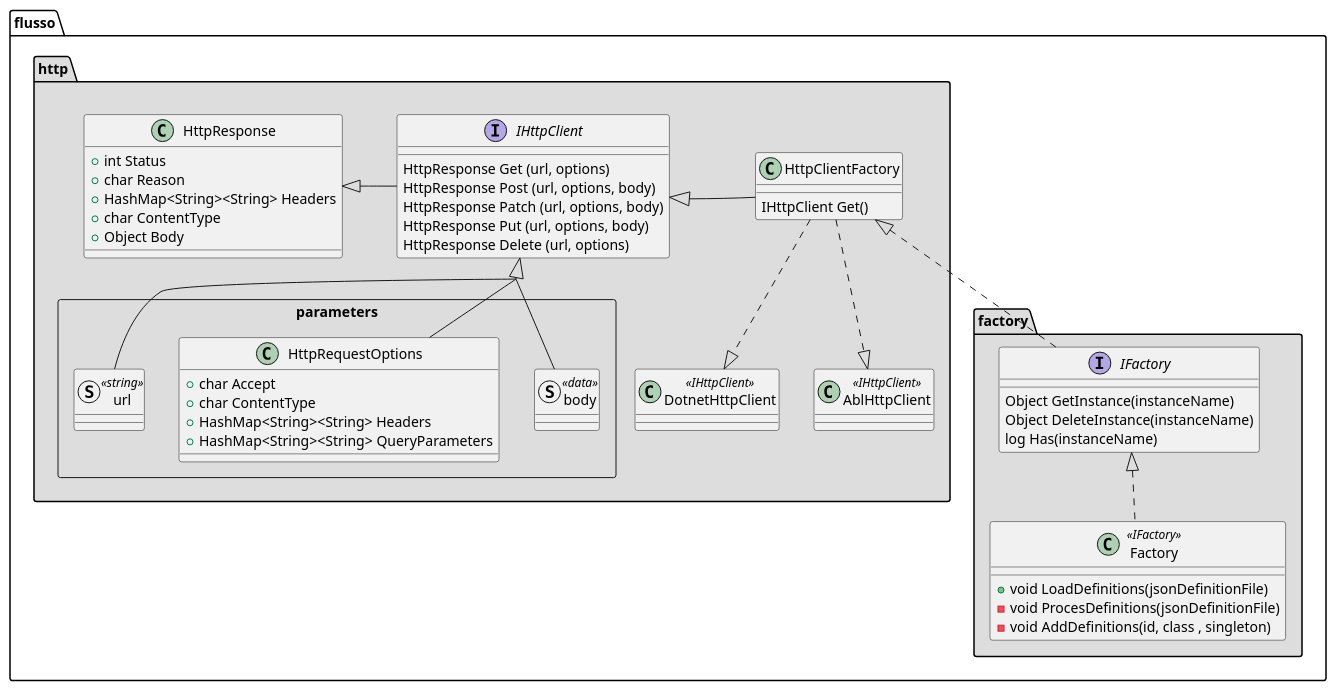
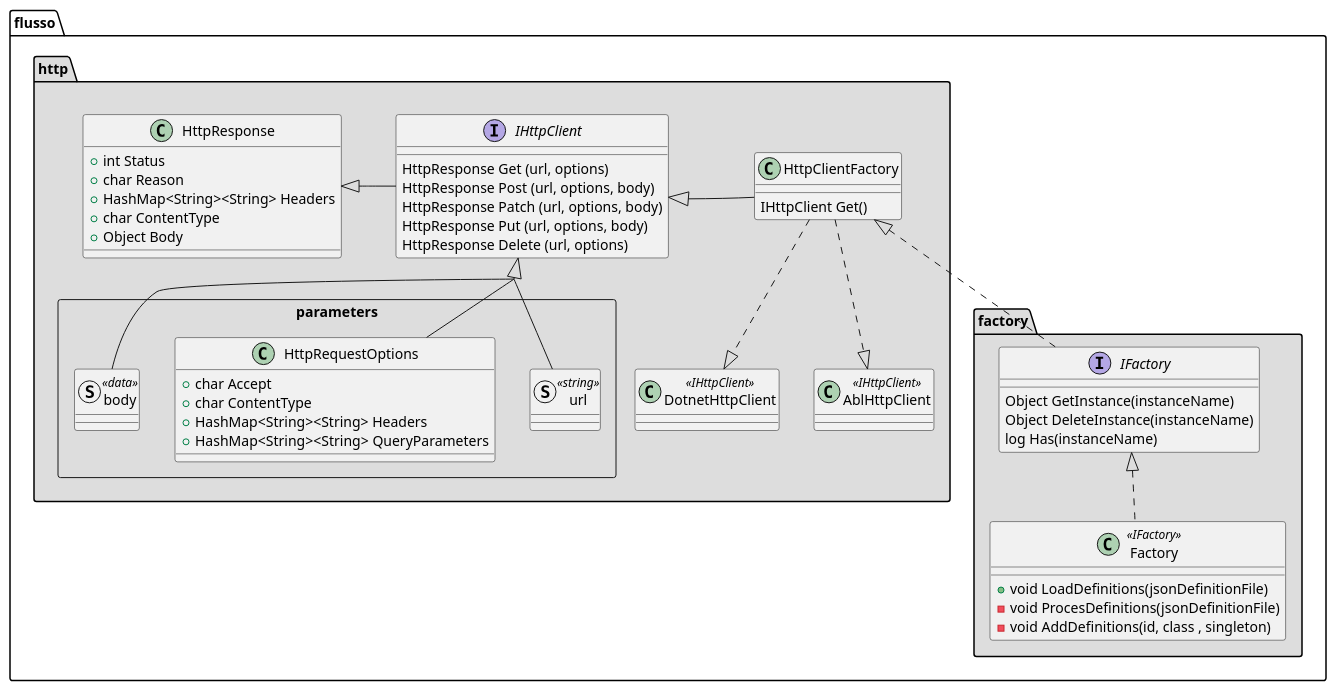
Before and after one commit to FlussoBV/HttpClientForOpenEdge: the diagram in doc/ClassDiagram.puml, drawn with PlantUML. The commit also changed other lines of this file and 1 other file, not shown here.

```diff
--- a/doc/ClassDiagram.puml
+++ b/doc/ClassDiagram.puml
@@ -1,67 +1,67 @@
 @startuml
 
 package "flusso.http" #DDDDDD {
 class           HttpResponse {
   + int Status 
   + char Reason
   + HashMap<String><String> Headers
   + char ContentType
   + Object Body
 }
 
 IHttpClient -left-|> HttpResponse
 
 interface       IHttpClient {
   HttpResponse Get (url, options)
   HttpResponse Post (url, options, body)
   HttpResponse Patch (url, options, body)
   HttpResponse Put (url, options, body)
   HttpResponse Delete (url, options)
 }
 
 package parameters <<Rectangle>> {
   skinparam groupInheritance 3
-  struct          body  <<data>>
+  struct          url  <<string>>
   class           HttpRequestOptions {
     + char Accept
     + char ContentType
     + HashMap<String><String> Headers
     + HashMap<String><String> QueryParameters
     
   }
-  struct          url  <<string>>
+  struct          body  <<data>>
 }
 
 IHttpClient <|-- url
 IHttpClient <|-- HttpRequestOptions
 IHttpClient <|-- body
 IHttpClient <|.right. HttpClientFactory
 
 
 class           HttpClientFactory {
   IHttpClient Get()
 }
 class           AblHttpClient  <<IHttpClient>>
 class           DotnetHttpClient  <<IHttpClient>>
 
 HttpClientFactory ..|> AblHttpClient
 HttpClientFactory ..|> DotnetHttpClient
 
 }
 
 package "flusso.factory" #DDDDDD {
 interface       IFactory {
   Object GetInstance(instanceName)
   Object DeleteInstance(instanceName)
   log Has(instanceName)
 }
 class           Factory  <<IFactory>> {
   +void LoadDefinitions(jsonDefinitionFile)
   -void ProcesDefinitions(jsonDefinitionFile)
   -void AddDefinitions(id, class , singleton)
 }
 IFactory            <|.. Factory
 HttpClientFactory   <|.. IFactory 
 }
 
 @enduml
```
